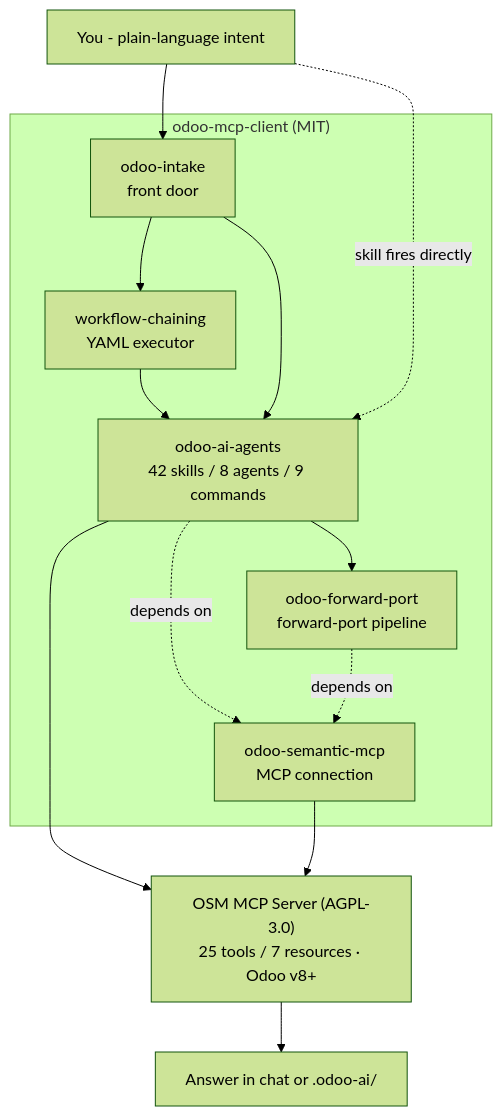
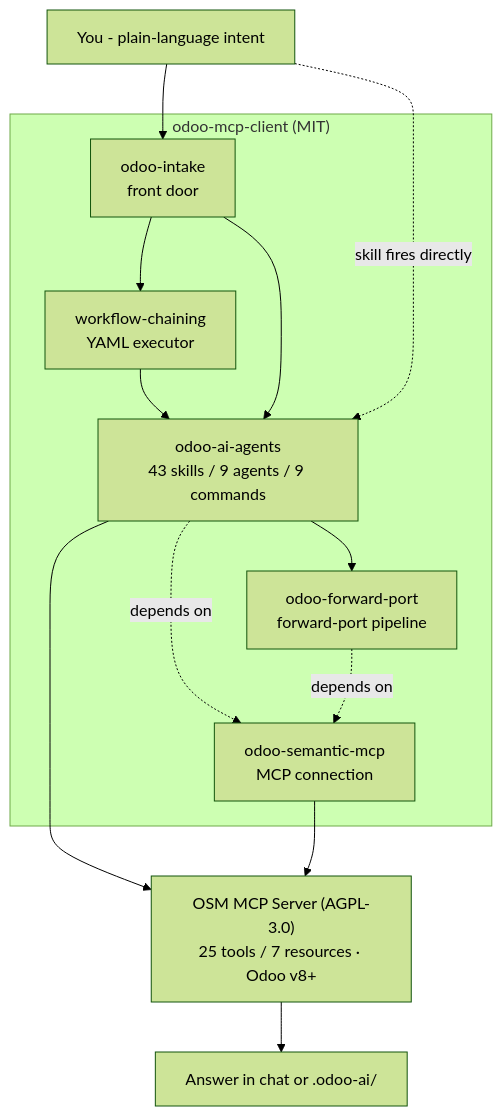
Before and after one commit to Viindoo/odoo-mcp-client: the diagram in README.md, drawn with Mermaid (forest theme). The commit also changed other lines of this file and 29 other files, not shown here.

First line of the commit message:
feat(odoo-ai-agents): forward-port hardening (#90) + dedicated odoo-i18n cluster (#76) [v3.17.0] (#96)

````diff
--- a/README.md
+++ b/README.md
@@ -13,26 +13,26 @@
 ```mermaid
 flowchart TD
     You["You - plain-language intent"]
 
     subgraph client["odoo-mcp-client (MIT)"]
         intake["odoo-intake<br/>front door"]
         wfrunner["workflow-chaining<br/>YAML executor"]
-        skills["odoo-ai-agents<br/>42 skills / 8 agents / 9 commands"]
+        skills["odoo-ai-agents<br/>43 skills / 9 agents / 9 commands"]
         fp["odoo-forward-port<br/>forward-port pipeline"]
         mcp["odoo-semantic-mcp<br/>MCP connection"]
         intake --> wfrunner --> skills
         intake --> skills
         skills --> fp
         skills -. depends on .-> mcp
         fp -. depends on .-> mcp
     end
 
     server["OSM MCP Server (AGPL-3.0)<br/>25 tools / 7 resources · Odoo v8+"]
     out["Answer in chat or .odoo-ai/"]
 
     You --> intake
     You -. "skill fires directly" .-> skills
     skills --> server
     mcp --> server
     server --> out
 ```
````
